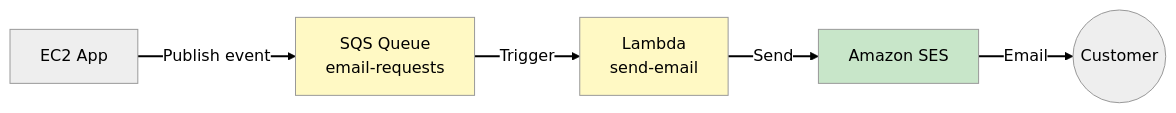
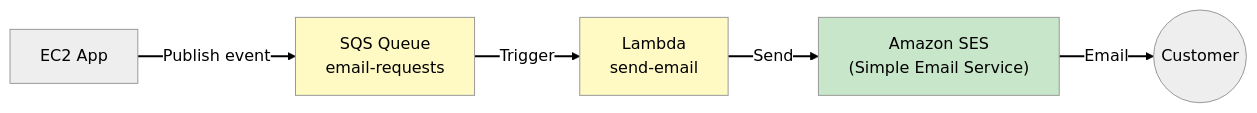
Before and after one commit to benjaminhonorio/aws-architecting: the sixth of 26 diagrams in docs/scenarios/techbooks/phases/phase-6-modernization.md, drawn with Mermaid (neutral theme). The commit also changed other lines of this file and 5 other files, not shown here.

````diff
--- a/docs/scenarios/techbooks/phases/phase-6-modernization.md
+++ b/docs/scenarios/techbooks/phases/phase-6-modernization.md
@@ -185,12 +191,12 @@
 ```mermaid
 flowchart LR
     App["EC2 App"] -->|"Publish event"| SQS["SQS Queue<br>email-requests"]
     SQS -->|"Trigger"| Lambda["Lambda<br>send-email"]
-    Lambda -->|"Send"| SES["Amazon SES"]
+    Lambda -->|"Send"| SES["Amazon SES<br>(Simple Email Service)"]
     SES -->|"Email"| User((Customer))
 
     style SQS fill:#fff9c4,color:#000
     style Lambda fill:#fff9c4,color:#000
     style SES fill:#c8e6c9,color:#000
     linkStyle default stroke:#000,stroke-width:2px
 ```
````
